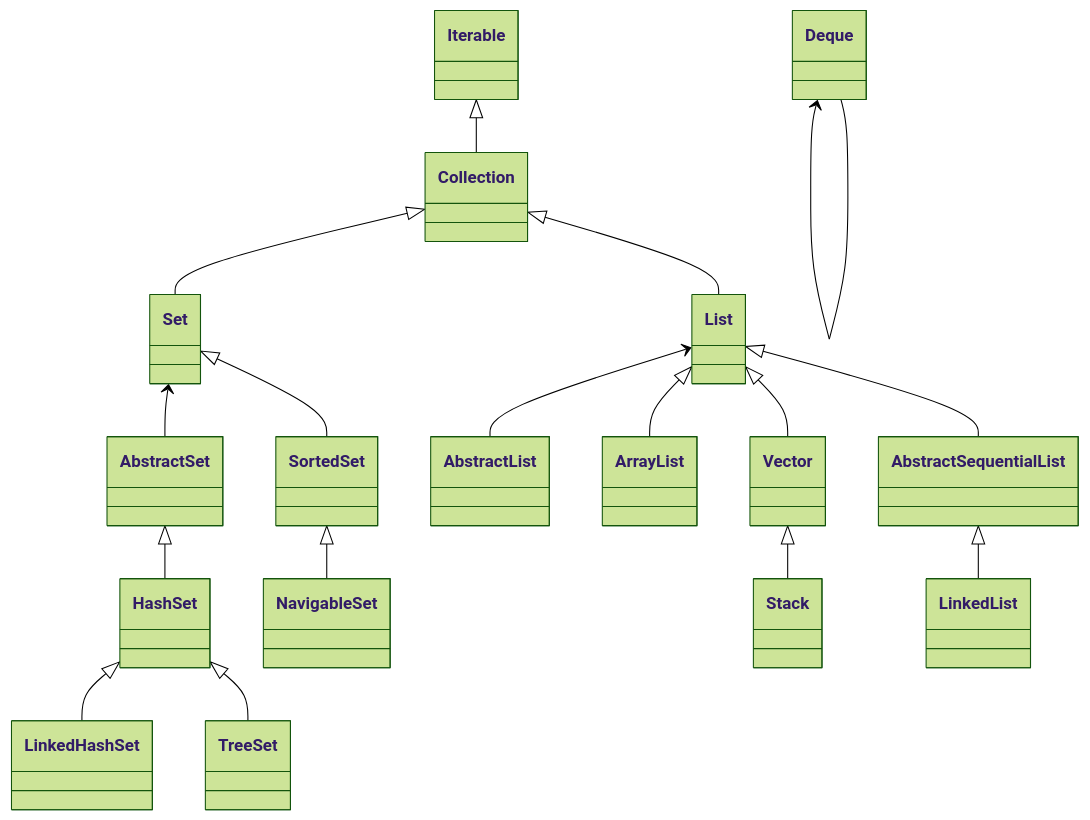
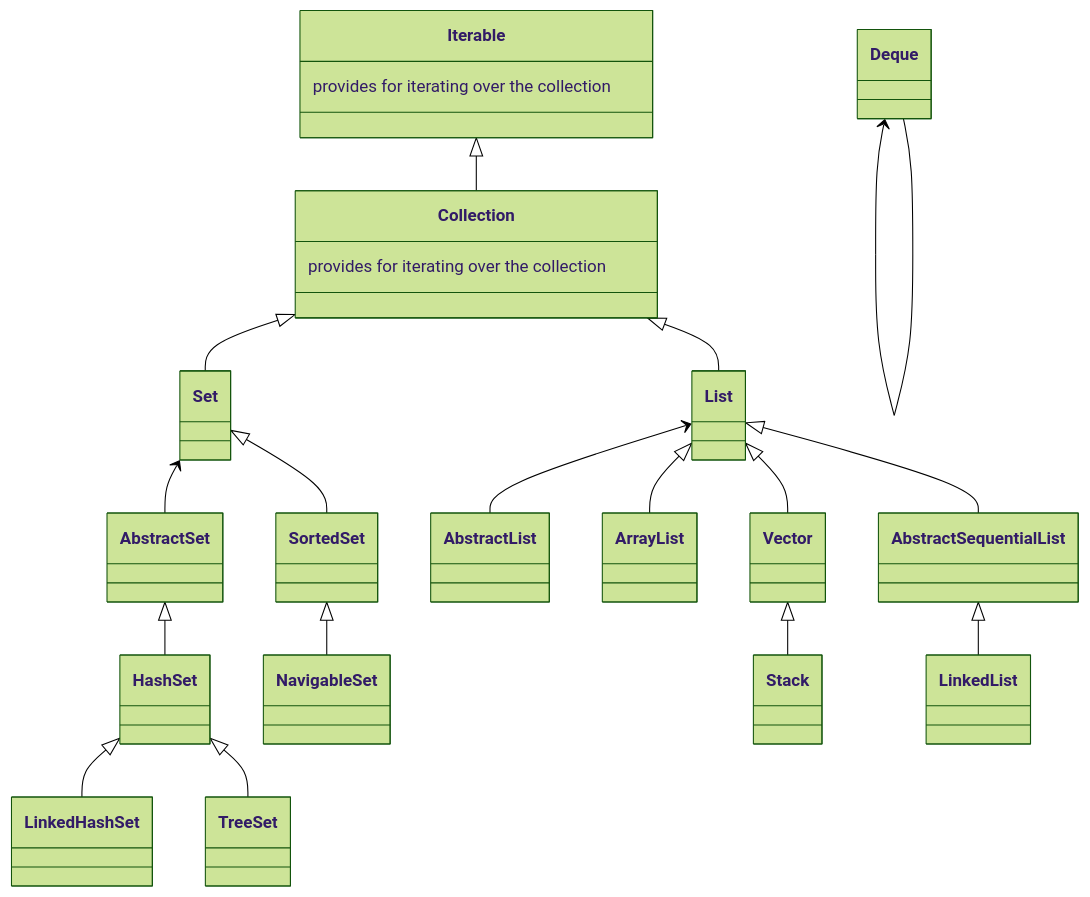
Before and after one commit to 1sonjm/1sonjm.github.io: the diagram in _posts/develop/scripting_language/java/2019-02-20-java-collection.md, drawn with Mermaid (forest theme). The commit also changed other lines of this file, not shown here.

Commit message:
_posts/develop/scripting_language/java/2019-02-20-java-collection.md updated from https://stackedit.io/

````diff
--- a/_posts/develop/scripting_language/java/2019-02-20-java-collection.md
+++ b/_posts/develop/scripting_language/java/2019-02-20-java-collection.md
@@ -14,20 +14,22 @@
 ```mermaid
 classDiagram
+Iterable: provides for iterating over the collection
 Iterable <|-- Collection
+Collection: provides for iterating over the collection
 Collection <|-- Set
 Set <-- AbstractSet
 AbstractSet <|-- HashSet
 HashSet <|-- LinkedHashSet
 Set <|-- SortedSet
 SortedSet <|-- NavigableSet
 HashSet <|-- TreeSet
 
 Collection <|-- List
 List <-- AbstractList
 List <|-- ArrayList
 List <|-- Vector
 Vector <|-- Stack
 List <|-- AbstractSequentialList
 AbstractSequentialList <|-- LinkedList
 Deque <-- Deque
 ```
````
